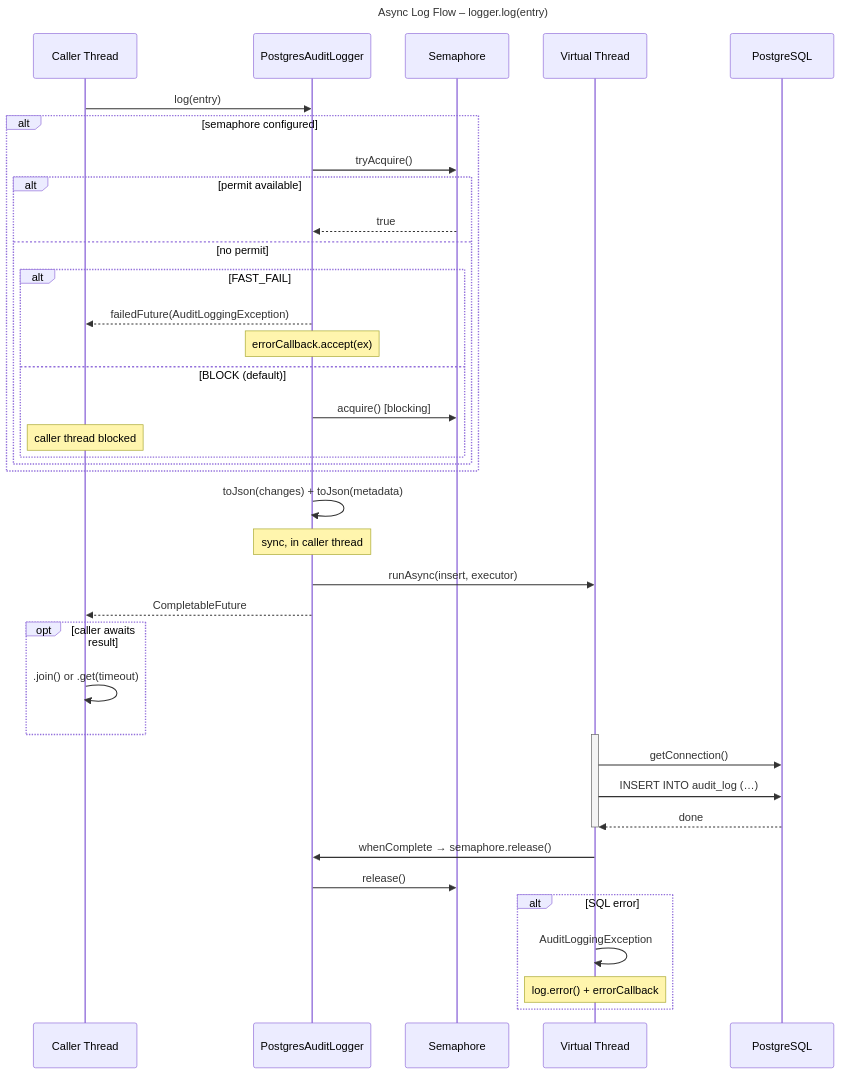
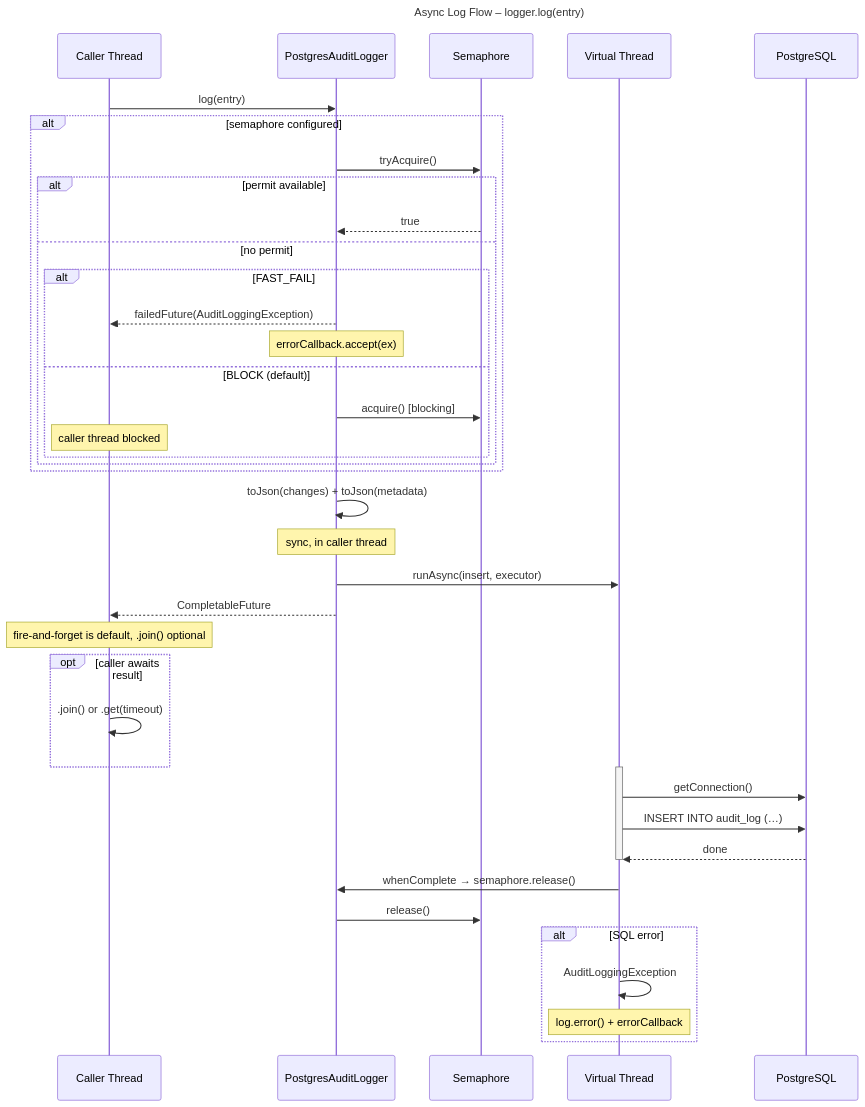
One commit to maatini/auditlog changed the diagram in docs/diagrams/async-log-flow.mmd. Above: the diagram before and after it, drawn with Mermaid. The commit also changed 10 other files, not shown here.

```diff
--- a/docs/diagrams/async-log-flow.mmd
+++ b/docs/diagrams/async-log-flow.mmd
@@ -1,51 +1,52 @@
 ---
 title: Async Log Flow – logger.log(entry)
 ---
 
 sequenceDiagram
     participant C as Caller Thread
     participant L as PostgresAuditLogger
     participant S as Semaphore
     participant V as Virtual Thread
     participant D as PostgreSQL
 
     C->>L: log(entry)
 
     alt semaphore configured
         L->>S: tryAcquire()
         alt permit available
             S-->>L: true
         else no permit
             alt FAST_FAIL
                 L-->>C: failedFuture(AuditLoggingException)
                 Note over L: errorCallback.accept(ex)
             else BLOCK (default)
                 L->>S: acquire() [blocking]
                 Note over C: caller thread blocked
             end
         end
     end
 
     L->>L: toJson(changes) + toJson(metadata)
     Note over L: sync, in caller thread
 
     L->>V: runAsync(insert, executor)
     L-->>C: CompletableFuture
 
+    Note over C: fire-and-forget is default, .join() optional
     opt caller awaits result
         C->>C: .join() or .get(timeout)
     end
 
     activate V
     V->>D: getConnection()
     V->>D: INSERT INTO audit_log (…)
     D-->>V: done
     deactivate V
 
     V->>L: whenComplete → semaphore.release()
     L->>S: release()
 
     alt SQL error
         V->>V: AuditLoggingException
         Note over V: log.error() + errorCallback
     end
```
